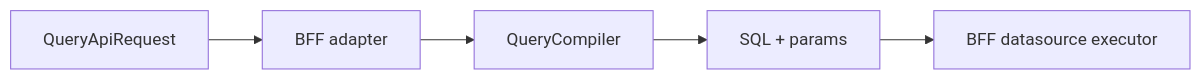
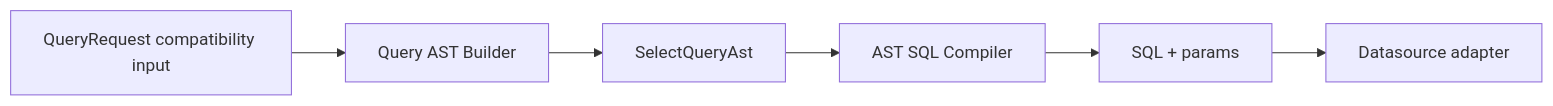
Before and after one commit to zhongmiao-org/meta-lc-platform: the diagram in packages/query/README.md, drawn with Mermaid. The commit also changed other lines of this file and 6 other files, not shown here.

Commit message:
feat(query): add AST-first select compiler (#110)

````diff
--- a/packages/query/README.md
+++ b/packages/query/README.md
@@ -24,7 +25,8 @@
 ```mermaid
 flowchart LR
-  Request["QueryApiRequest"] --> BFF["BFF adapter"]
-  BFF --> Compiler["QueryCompiler"]
+  Request["QueryRequest compatibility input"] --> AstBuilder["Query AST Builder"]
+  AstBuilder --> Ast["SelectQueryAst"]
+  Ast --> Compiler["AST SQL Compiler"]
   Compiler --> Sql["SQL + params"]
-  Sql --> Executor["BFF datasource executor"]
+  Sql --> Executor["Datasource adapter"]
 ```
````
